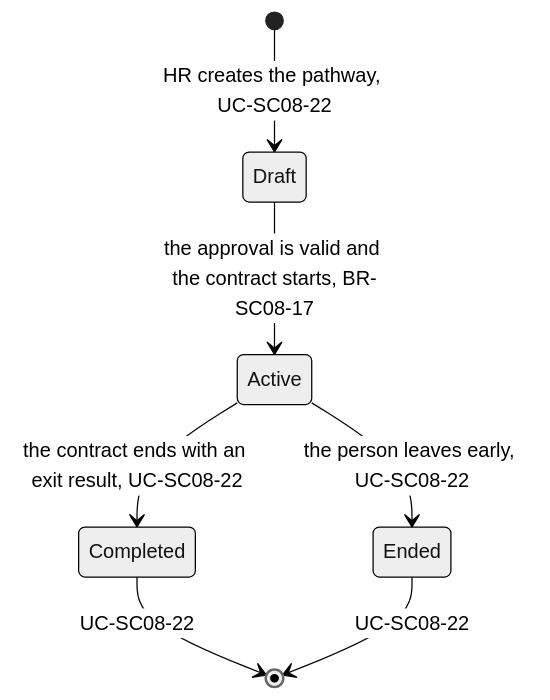
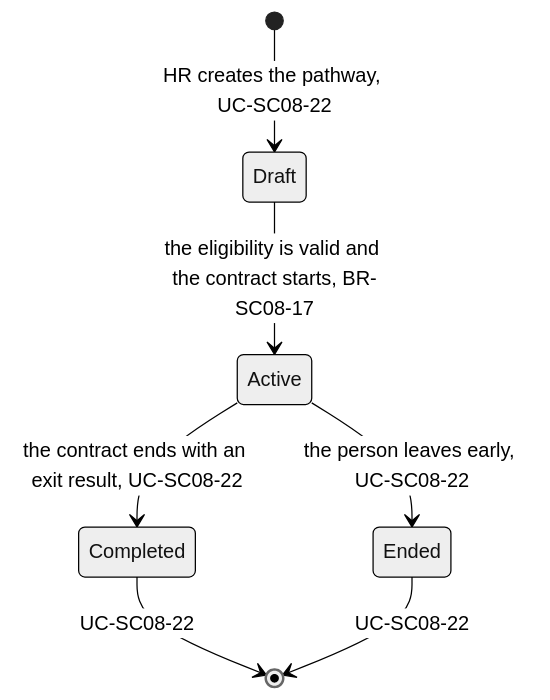
The second of 2 diagrams in docs/specs/08-sectors/sc08-non-profit/data/e-sc08-17-integration-pathway.md (gpbcom/SimpleERP), drawn with Mermaid (neutral theme) before and after one commit. The commit also changed other lines of this file and 8816 other files, not shown here.

````diff
--- a/docs/specs/08-sectors/sc08-non-profit/data/e-sc08-17-integration-pathway.md
+++ b/docs/specs/08-sectors/sc08-non-profit/data/e-sc08-17-integration-pathway.md
@@ -46,9 +46,9 @@
 ```mermaid
 stateDiagram-v2
   [*] --> Draft : HR creates the pathway, UC-SC08-22
-  Draft --> Active : the approval is valid and the contract starts, BR-SC08-17
+  Draft --> Active : the eligibility is valid and the contract starts, BR-SC08-17
   Active --> Completed : the contract ends with an exit result, UC-SC08-22
   Active --> Ended : the person leaves early, UC-SC08-22
   Completed --> [*] : UC-SC08-22
   Ended --> [*] : UC-SC08-22
 ```
````
